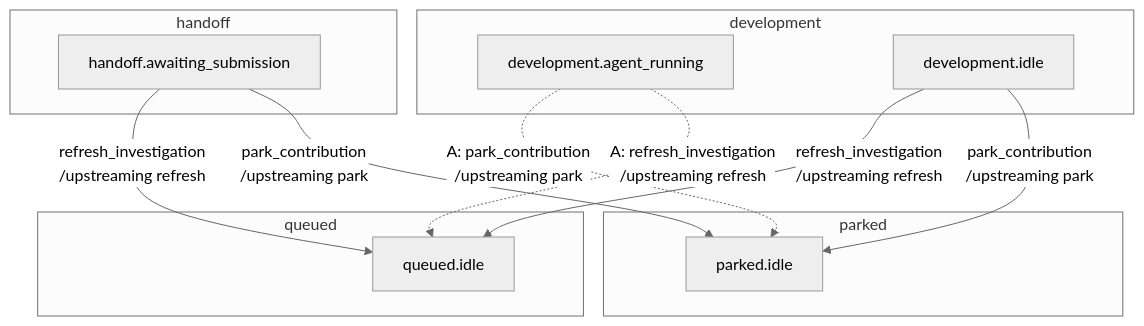
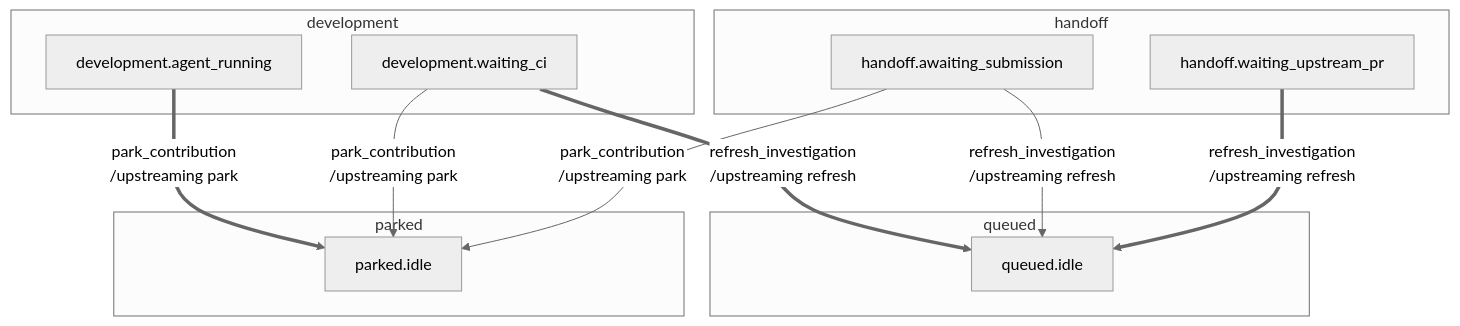
Diagram 11 of 52 in docs/state-machine/decisions.md (riseproject-dev/porting-agent), drawn with Mermaid (neutral theme) before and after one commit. The commit also changed other lines of this file and 9 other files, not shown here.

````diff
--- a/docs/state-machine/decisions.md
+++ b/docs/state-machine/decisions.md
@@ -304,23 +263,24 @@
 ```mermaid
 flowchart TB
     subgraph development["development"]
         development_agent_running["development.agent_running"]
-        development_idle["development.idle"]
+        development_waiting_ci["development.waiting_ci"]
     end
     subgraph handoff["handoff"]
         handoff_awaiting_submission["handoff.awaiting_submission"]
+        handoff_waiting_upstream_pr["handoff.waiting_upstream_pr"]
     end
     subgraph queued["queued"]
         queued_idle["queued.idle"]
     end
     subgraph parked["parked"]
         parked_idle["parked.idle"]
     end
 
-    development_idle -->|refresh_investigation<br/>/upstreaming refresh| queued_idle
-    development_idle -->|park_contribution<br/>/upstreaming park| parked_idle
+    development_agent_running ==>|park_contribution<br/>/upstreaming park| parked_idle
+    development_waiting_ci -->|park_contribution<br/>/upstreaming park| parked_idle
+    development_waiting_ci ==>|refresh_investigation<br/>/upstreaming refresh| queued_idle
+    handoff_awaiting_submission -->|park_contribution<br/>/upstreaming park| parked_idle
     handoff_awaiting_submission -->|refresh_investigation<br/>/upstreaming refresh| queued_idle
-    handoff_awaiting_submission -->|park_contribution<br/>/upstreaming park| parked_idle
-    development_agent_running -.->|"A: park_contribution<br/>/upstreaming park"| parked_idle
-    development_agent_running -.->|"A: refresh_investigation<br/>/upstreaming refresh"| queued_idle
+    handoff_waiting_upstream_pr ==>|refresh_investigation<br/>/upstreaming refresh| queued_idle
 ```
````
